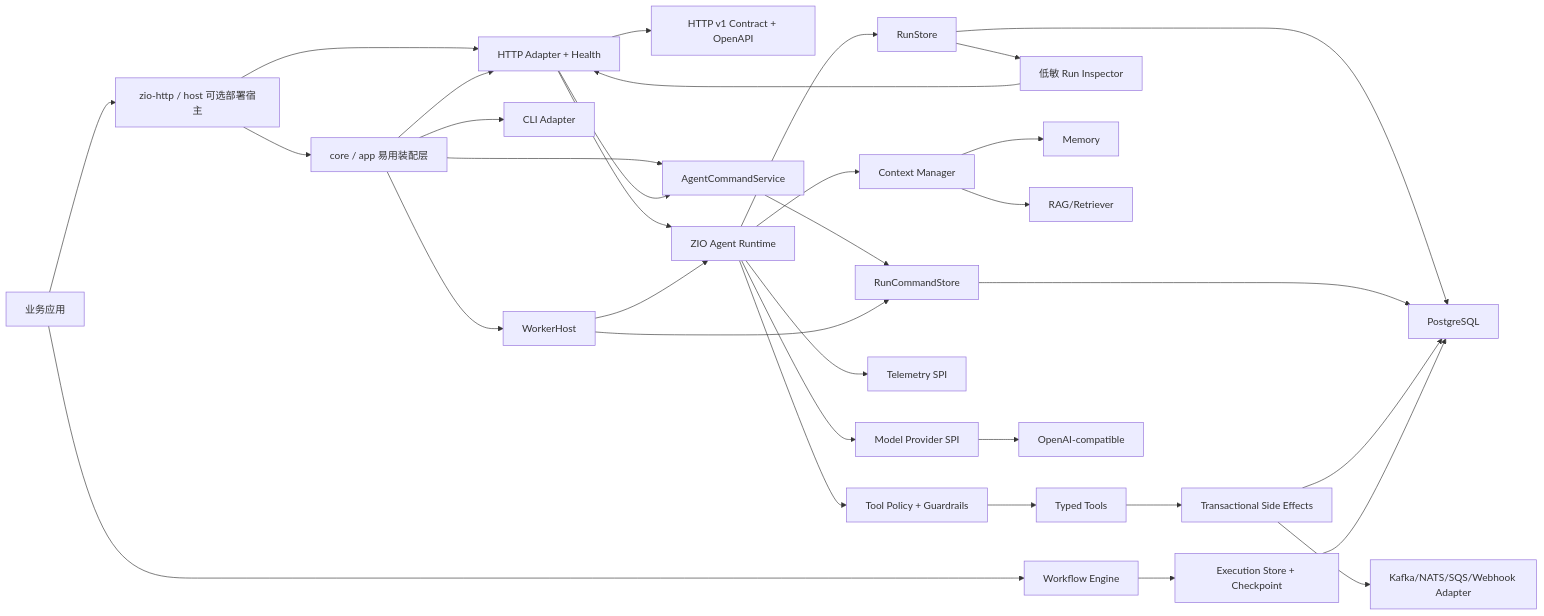
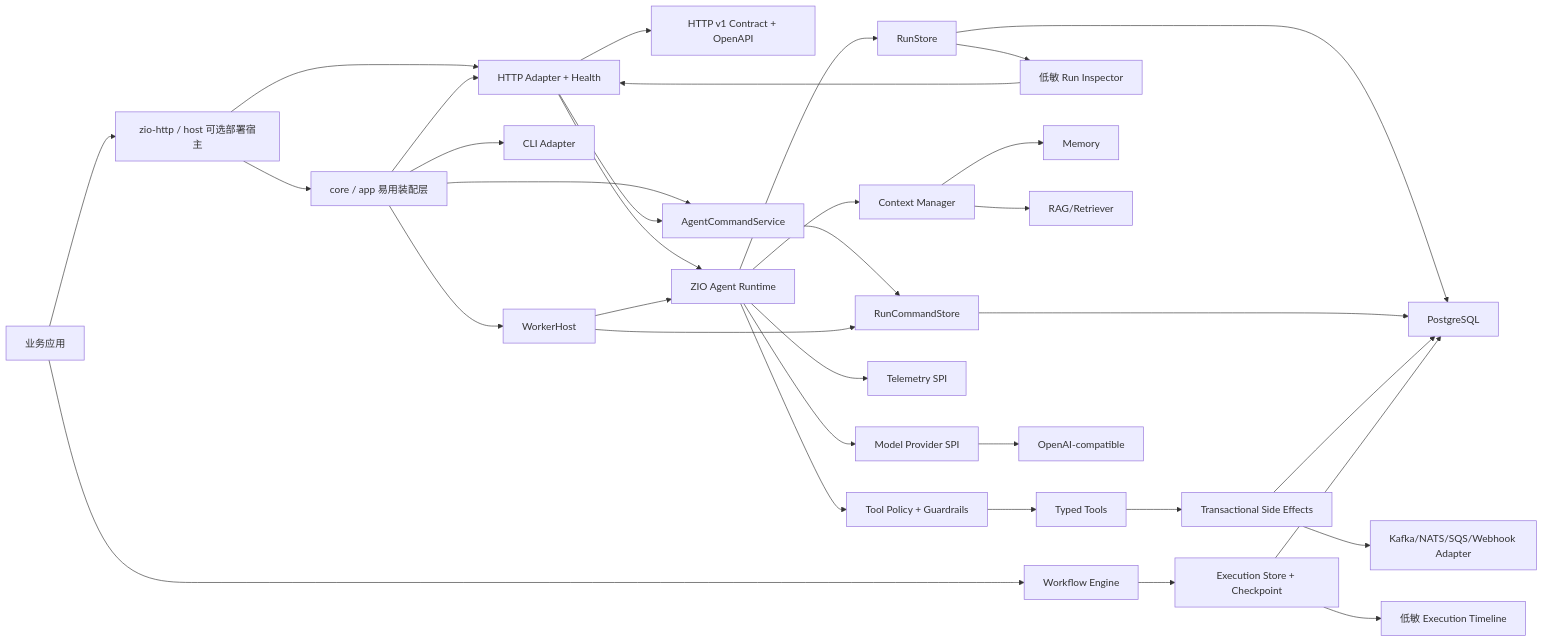
One commit to zyblw/zyblw-agent changed the first of 2 diagrams in docs/architecture.md. Above: the diagram before and after it, drawn with Mermaid. The commit also changed other lines of this file and 24 other files, not shown here.

````diff
--- a/docs/architecture.md
+++ b/docs/architecture.md
@@ -35,35 +35,36 @@
 ```mermaid
 flowchart LR
   Business[业务应用] --> Host[zio-http / host 可选部署宿主]
   Business --> Workflow[Workflow Engine]
   Host --> App[core / app 易用装配层]
   Host --> HTTP[HTTP Adapter + Health]
   HTTP --> Contract[HTTP v1 Contract + OpenAPI]
   App --> CLI[CLI Adapter]
   App --> HTTP
   App --> Control[AgentCommandService]
   App --> Scheduler[WorkerHost]
   HTTP --> Control
   HTTP --> Runtime[ZIO Agent Runtime]
   Runtime --> Context[Context Manager]
   Runtime --> Provider[Model Provider SPI]
   Runtime --> Policy[Tool Policy + Guardrails]
   Runtime --> Store[RunStore]
   Store --> Inspector[低敏 Run Inspector]
   Inspector --> HTTP
   Runtime --> Telemetry[Telemetry SPI]
   Context --> Memory[Memory]
   Context --> RAG[RAG/Retriever]
   Policy --> Tools[Typed Tools]
   Tools --> Effects[Transactional Side Effects]
   Provider --> OpenAI[OpenAI-compatible]
   Store --> PostgreSQL[PostgreSQL]
   Control --> Queue[RunCommandStore]
   Scheduler --> Runtime
   Scheduler --> Queue
   Queue --> PostgreSQL
   Effects --> PostgreSQL
   Effects --> Transport[Kafka/NATS/SQS/Webhook Adapter]
   Workflow --> WorkflowStore[Execution Store + Checkpoint]
   WorkflowStore --> PostgreSQL
+  WorkflowStore --> WorkflowTimeline[低敏 Execution Timeline]
 ```
````
